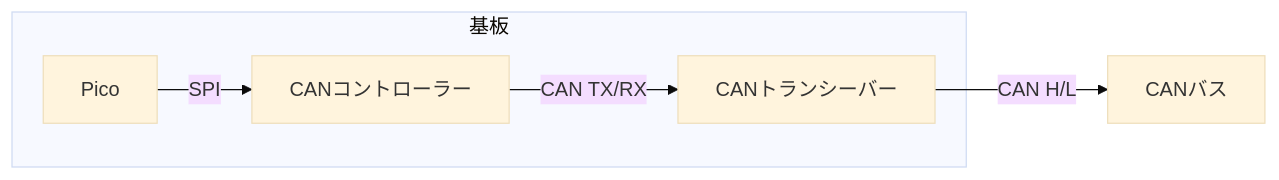
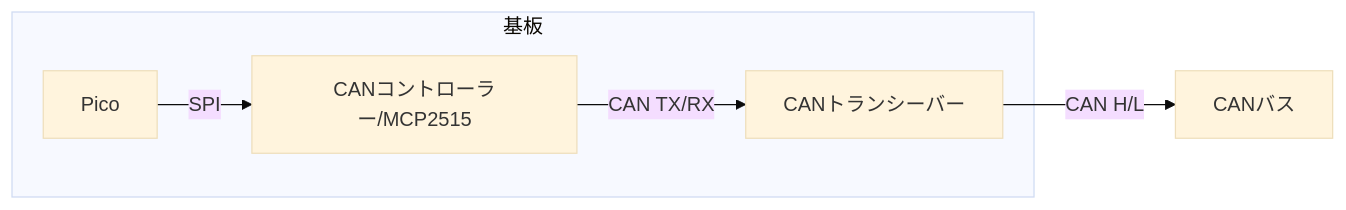
The third of 4 diagrams in docs/Communication/CAN.md (udonrobo/UdonLibrary), drawn with Mermaid (base theme) before and after one commit. The commit also changed other lines of this file, not shown here.

````diff
--- a/docs/Communication/CAN.md
+++ b/docs/Communication/CAN.md
@@ -97,10 +100,9 @@
-```mermaid
-flowchart LR
+  ```mermaid
+  flowchart LR
 
     subgraph 基板
-    Pico --SPI--> CANコントローラー --CAN TX/RX--> CANトランシーバー
+    Pico --SPI--> CANコントローラー/MCP2515 --CAN TX/RX--> CANトランシーバー
     end
 
     CANトランシーバー --CAN H/L--> CANバス
-
-```
+  ```
````
